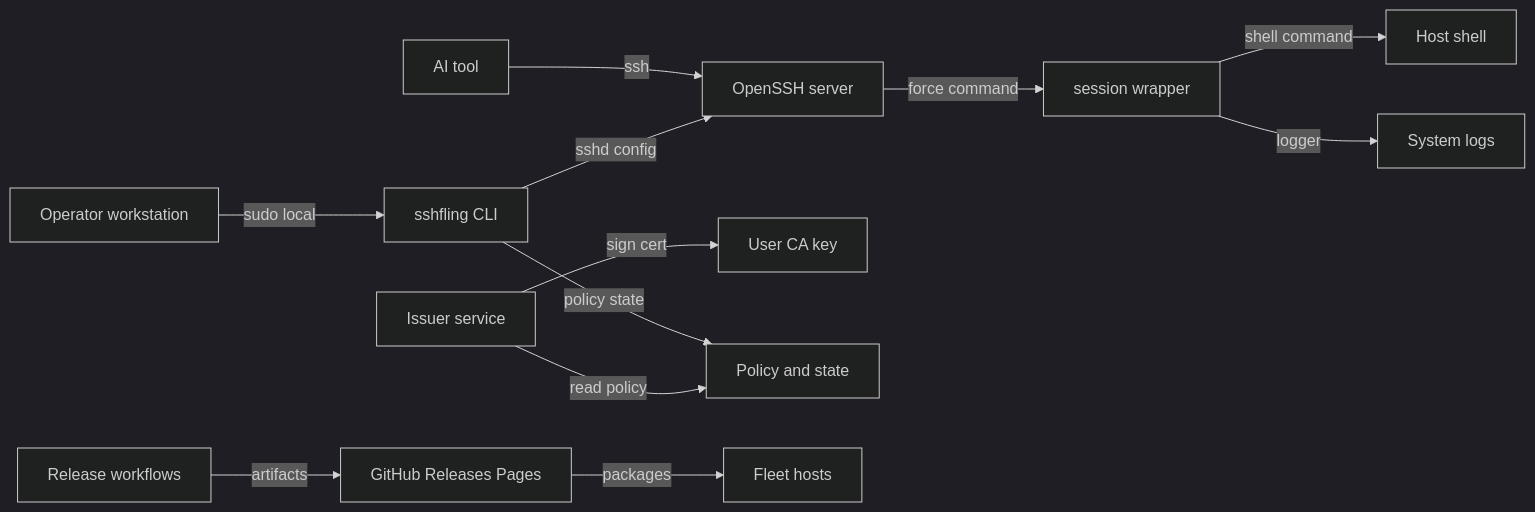
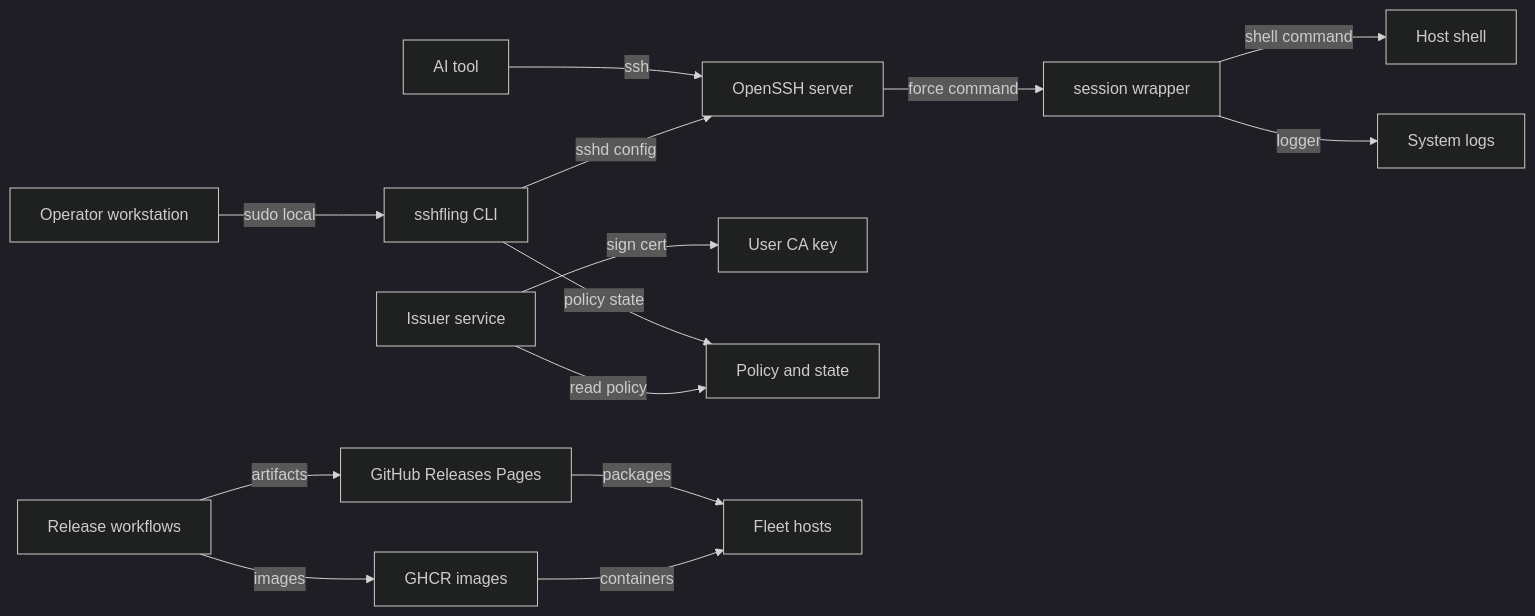
The diagram in docs/threat-model.md (GRWLX/fling), drawn with Mermaid (dark theme) before and after one commit. The commit also changed other lines of this file and 27 other files, not shown here.

````diff
--- a/docs/threat-model.md
+++ b/docs/threat-model.md
@@ -75,27 +78,30 @@
 ```mermaid
 flowchart LR
   O["Operator workstation"]
   A["AI tool"]
   C["sshfling CLI"]
   S["OpenSSH server"]
   W["session wrapper"]
   H["Host shell"]
   I["Issuer service"]
   CA["User CA key"]
   P["Policy and state"]
   R["Release workflows"]
   G["GitHub Releases Pages"]
+  K["GHCR images"]
   F["Fleet hosts"]
   L["System logs"]
   O -->|sudo local| C
   A -->|ssh| S
   C -->|sshd config| S
   C -->|policy state| P
   S -->|force command| W
   W -->|shell command| H
   W -->|logger| L
   I -->|sign cert| CA
   I -->|read policy| P
   R -->|artifacts| G
+  R -->|images| K
   G -->|packages| F
+  K -->|containers| F
 ```
````
